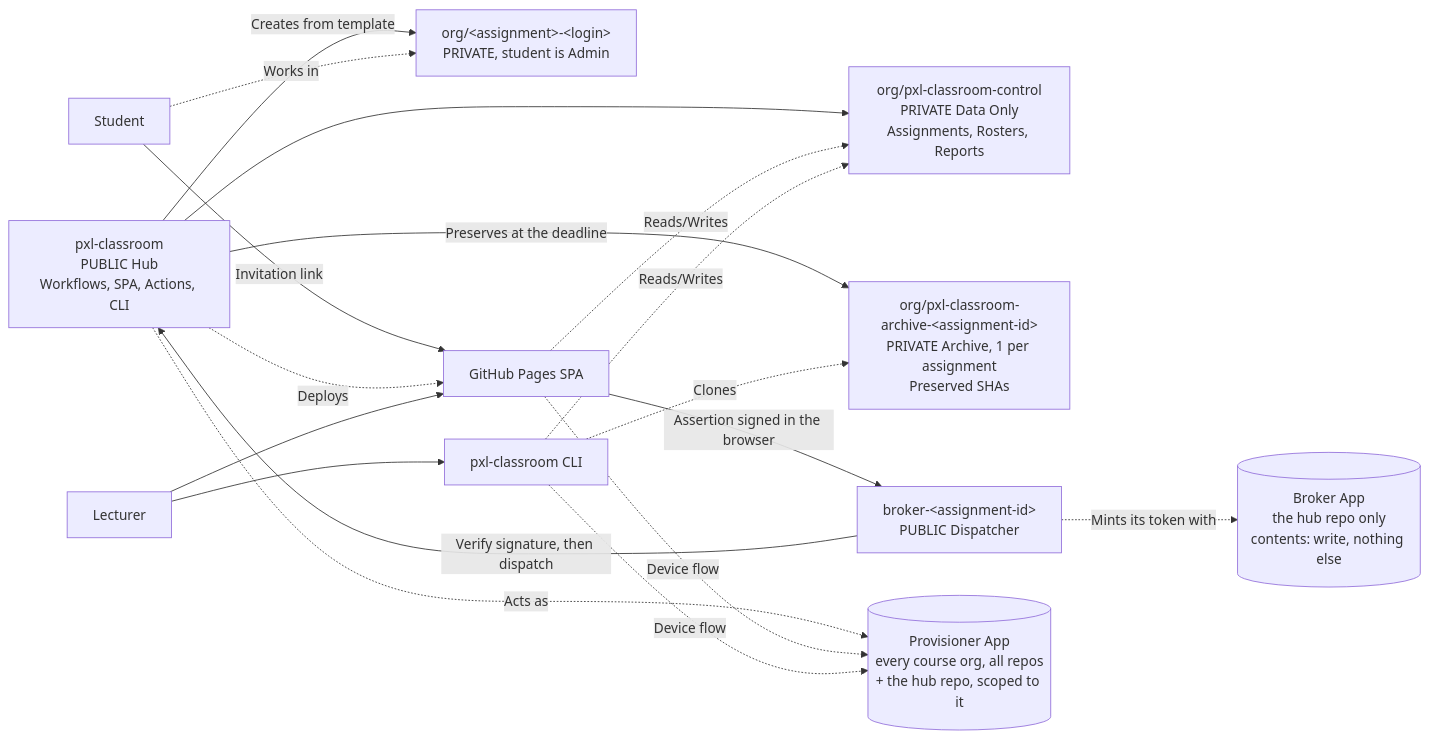
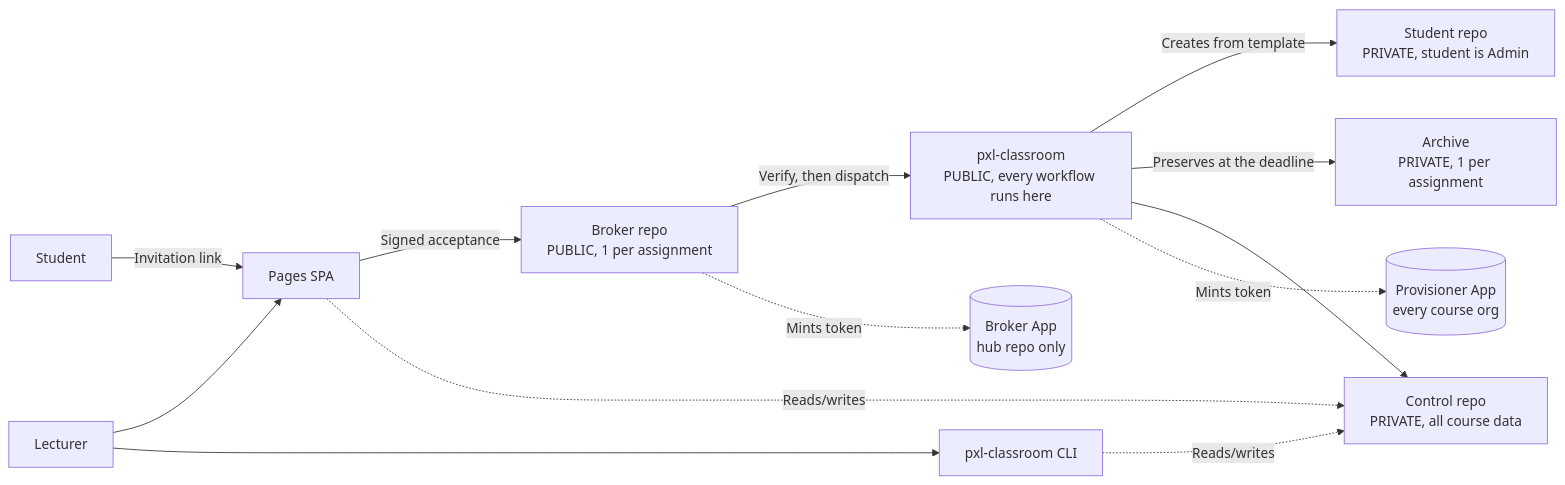
Before and after one commit to PXL-Digital-Application-Samples/pxl-classroom: the diagram in README.md, drawn with Mermaid. The commit also changed other lines of this file, not shown here.

First paragraph of the commit message:
docs(readme): thin the architecture diagram back down
I had grown it to eleven nodes and seventeen edges, which is past what a README
diagram is for: a newcomer's first mental model, not the topology. ARCHITECTURE
§3 is the complete one.

````diff
--- a/README.md
+++ b/README.md
@@ -145,30 +142,19 @@
 ```mermaid
 graph LR
-    Hub[pxl-classroom<br/>PUBLIC Hub<br/>Workflows, SPA, Actions, CLI]
-    Control[org/pxl-classroom-control<br/>PRIVATE Data Only<br/>Assignments, Rosters, Reports]
-    Archive["org/pxl-classroom-archive-&lt;assignment-id&gt;<br/>PRIVATE Archive, 1 per assignment<br/>Preserved SHAs"]
-    Broker["broker-&lt;assignment-id&gt;<br/>PUBLIC Dispatcher"]
-    StudentRepo["org/&lt;assignment&gt;-&lt;login&gt;<br/>PRIVATE, student is Admin"]
-    SPA[GitHub Pages SPA]
-    CLI[pxl-classroom CLI]
-    ProvApp[("Provisioner App<br/>every course org, all repos<br/>+ the hub repo, scoped to it")]
-    BrokerApp[("Broker App<br/>the hub repo only<br/>contents: write, nothing else")]
+    Student[Student] -->|Invitation link| SPA[Pages SPA]
+    Lecturer[Lecturer] --> SPA
+    Lecturer --> CLI[pxl-classroom CLI]
 
-    Student[Student] -->|Invitation link| SPA
-    SPA -->|Assertion signed in the browser| Broker
-    Broker -->|Verify signature, then dispatch| Hub
-    Hub -->|Creates from template| StudentRepo
-    Hub -->|Preserves at the deadline| Archive
-    Hub --> Control
-    Hub -.Deploys.-> SPA
-    Student -.Works in.-> StudentRepo
-    Lecturer[Lecturer] --> SPA
-    Lecturer --> CLI
-    SPA -.Reads/Writes.-> Control
-    CLI -.Reads/Writes.-> Control
-    CLI -.Clones.-> Archive
-    Broker -.Mints its token with.-> BrokerApp
-    Hub -.Acts as.-> ProvApp
-    SPA -.Device flow.-> ProvApp
-    CLI -.Device flow.-> ProvApp
+    SPA -->|Signed acceptance| Broker["Broker repo<br/>PUBLIC, 1 per assignment"]
+    Broker -->|Verify, then dispatch| Hub["pxl-classroom<br/>PUBLIC, every workflow runs here"]
+
+    Hub -->|Creates from template| StudentRepo["Student repo<br/>PRIVATE, student is Admin"]
+    Hub -->|Preserves at the deadline| Archive["Archive<br/>PRIVATE, 1 per assignment"]
+    Hub --> Control["Control repo<br/>PRIVATE, all course data"]
+
+    SPA -.Reads/writes.-> Control
+    CLI -.Reads/writes.-> Control
+
+    Broker -.Mints token.-> BrokerApp[("Broker App<br/>hub repo only")]
+    Hub -.Mints token.-> ProvApp[("Provisioner App<br/>every course org")]
 ```
````
